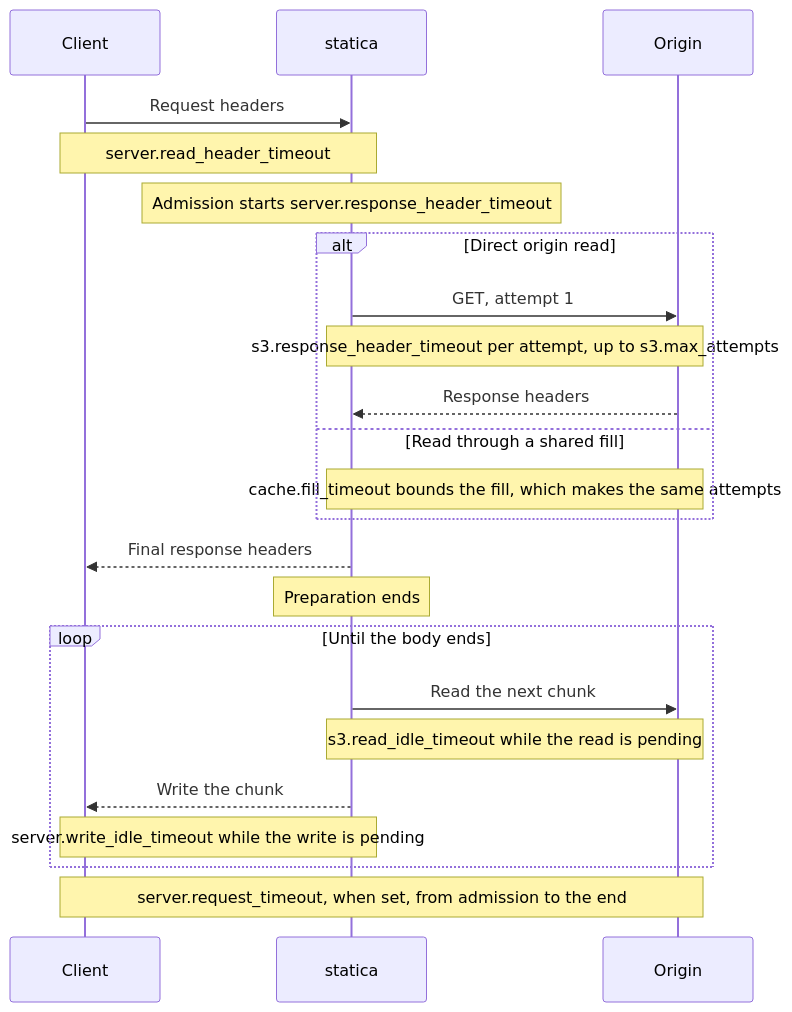
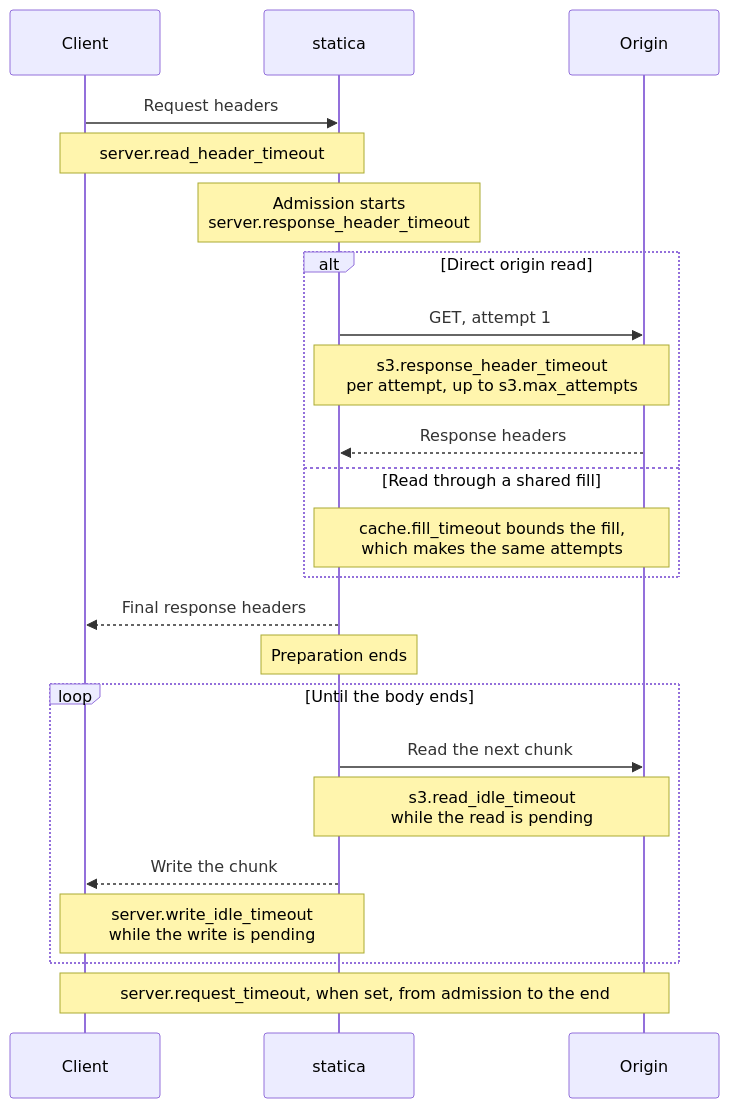
The diagram in docs/architecture/timeouts.md (gtriggiano/statica), drawn with Mermaid before and after one commit. The commit also changed 3 other files, not shown here.

First line of the commit message:
docs: refresh the home page and architecture overview

````diff
--- a/docs/architecture/timeouts.md
+++ b/docs/architecture/timeouts.md
@@ -9,27 +9,27 @@
 ```mermaid
 sequenceDiagram
   accTitle: Timeouts during one request
   accDescr: server.read_header_timeout bounds receiving the request headers. From admission to the final response headers, server.response_header_timeout bounds the preparation. The origin read is made either directly, in attempts bounded by s3.response_header_timeout up to s3.max_attempts, or by a shared fill that makes the same attempts and is bounded by cache.fill_timeout. While the body streams, s3.read_idle_timeout applies only while an origin read is pending and server.write_idle_timeout only while a client write is pending. server.request_timeout, when set, bounds the whole request from admission.
   participant C as Client
   participant S as statica
   participant O as Origin
   C->>S: Request headers
   Note over C,S: server.read_header_timeout
-  Note over S: Admission starts server.response_header_timeout
+  Note over S: Admission starts<br/>server.response_header_timeout
   alt Direct origin read
     S->>O: GET, attempt 1
-    Note over S,O: s3.response_header_timeout per attempt, up to s3.max_attempts
+    Note over S,O: s3.response_header_timeout<br/>per attempt, up to s3.max_attempts
     O-->>S: Response headers
   else Read through a shared fill
-    Note over S,O: cache.fill_timeout bounds the fill, which makes the same attempts
+    Note over S,O: cache.fill_timeout bounds the fill,<br/>which makes the same attempts
   end
   S-->>C: Final response headers
   Note over S: Preparation ends
   loop Until the body ends
     S->>O: Read the next chunk
-    Note over S,O: s3.read_idle_timeout while the read is pending
+    Note over S,O: s3.read_idle_timeout<br/>while the read is pending
     S-->>C: Write the chunk
-    Note over C,S: server.write_idle_timeout while the write is pending
+    Note over C,S: server.write_idle_timeout<br/>while the write is pending
   end
   Note over C,O: server.request_timeout, when set, from admission to the end
 ```
````
